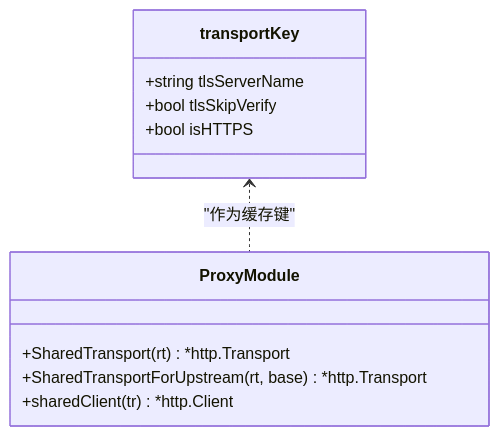
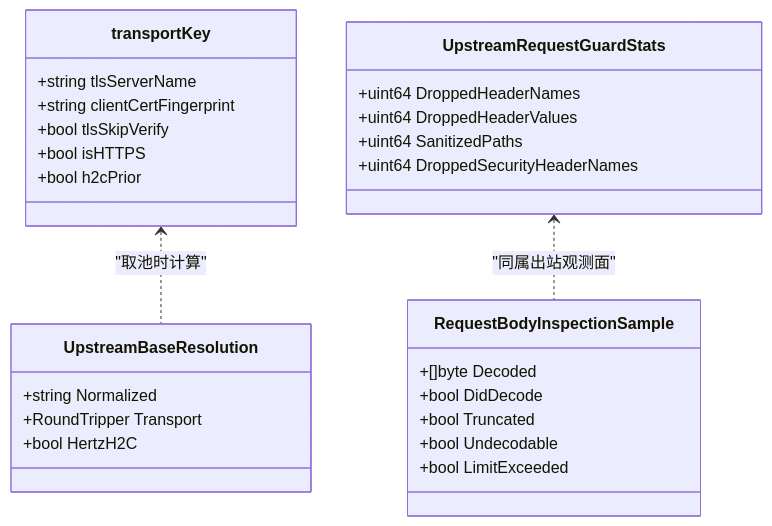
The fifth of 6 diagrams in docs/安全机制/出站安全控制.md (x01n/My-OpenWaf), drawn with Mermaid before and after one commit. The commit also changed other lines of this file and 622 other files, not shown here.

````diff
--- a/docs/安全机制/出站安全控制.md
+++ b/docs/安全机制/出站安全控制.md
@@ -198,14 +400,30 @@
 ```mermaid
 classDiagram
-class transportKey {
-+string tlsServerName
-+bool tlsSkipVerify
-+bool isHTTPS
-}
-class ProxyModule {
-+SharedTransport(rt) *http.Transport
-+SharedTransportForUpstream(rt, base) *http.Transport
-+sharedClient(tr) *http.Client
-}
-transportKey <.. ProxyModule : "作为缓存键"
+  class transportKey {
+    +string tlsServerName
+    +string clientCertFingerprint
+    +bool tlsSkipVerify
+    +bool isHTTPS
+    +bool h2cPrior
+  }
+  class UpstreamBaseResolution {
+    +string Normalized
+    +RoundTripper Transport
+    +bool HertzH2C
+  }
+  class UpstreamRequestGuardStats {
+    +uint64 DroppedHeaderNames
+    +uint64 DroppedHeaderValues
+    +uint64 SanitizedPaths
+    +uint64 DroppedSecurityHeaderNames
+  }
+  class RequestBodyInspectionSample {
+    +[]byte Decoded
+    +bool DidDecode
+    +bool Truncated
+    +bool Undecodable
+    +bool LimitExceeded
+  }
+  transportKey <.. UpstreamBaseResolution : "取池时计算"
+  UpstreamRequestGuardStats <.. RequestBodyInspectionSample : "同属出站观测面"
 ```
````
